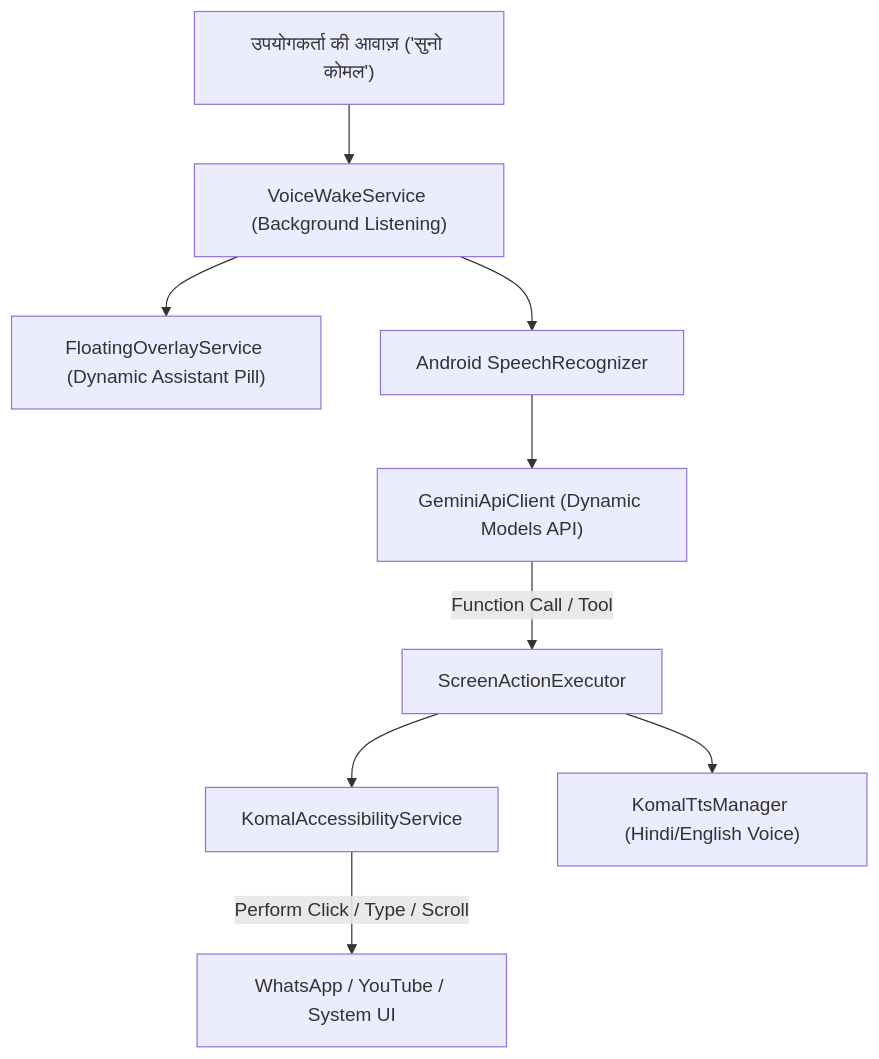
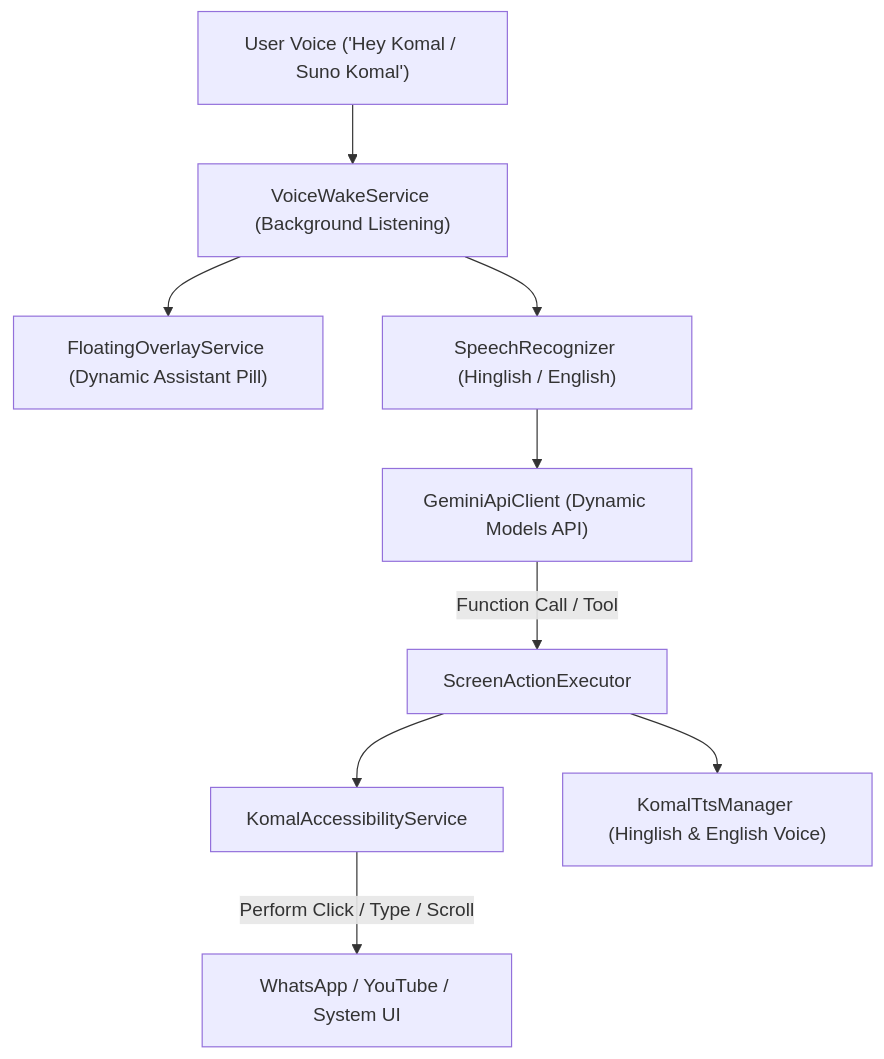
Before and after one commit to raufzen/KomalAI: the diagram in README.md, drawn with Mermaid. The commit also changed other lines of this file and 11 other files, not shown here.

Commit message:
feat: add Hinglish + English language support, update UI and docs

````diff
--- a/README.md
+++ b/README.md
@@ -33,14 +41,14 @@
 ```mermaid
 graph TD
-    User["उपयोगकर्ता की आवाज़ ('सुनो कोमल')"] --> WakeService["VoiceWakeService (Background Listening)"]
+    User["User Voice ('Hey Komal / Suno Komal')"] --> WakeService["VoiceWakeService (Background Listening)"]
     WakeService --> Overlay["FloatingOverlayService (Dynamic Assistant Pill)"]
-    WakeService --> Speech["Android SpeechRecognizer"]
+    WakeService --> Speech["SpeechRecognizer (Hinglish / English)"]
     Speech --> GeminiClient["GeminiApiClient (Dynamic Models API)"]
     
     GeminiClient -->|Function Call / Tool| Executor["ScreenActionExecutor"]
     
     Executor --> Accessibility["KomalAccessibilityService"]
-    Executor --> TTS["KomalTtsManager (Hindi/English Voice)"]
+    Executor --> TTS["KomalTtsManager (Hinglish & English Voice)"]
     
     Accessibility -->|Perform Click / Type / Scroll| Apps["WhatsApp / YouTube / System UI"]
 ```
````
